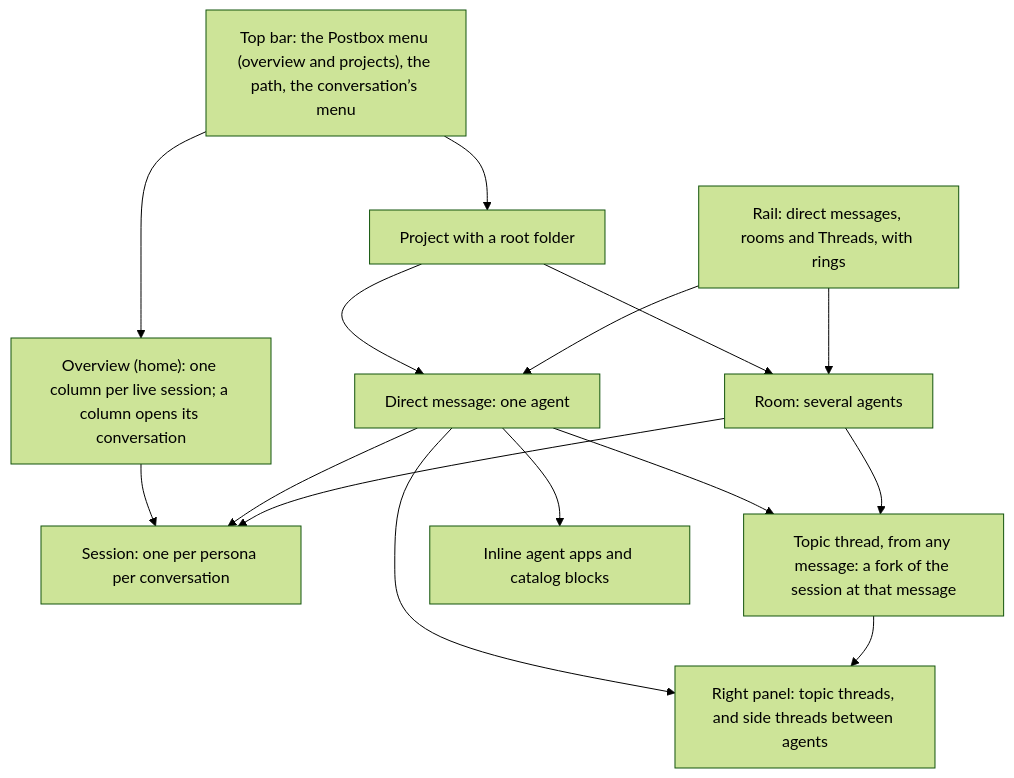
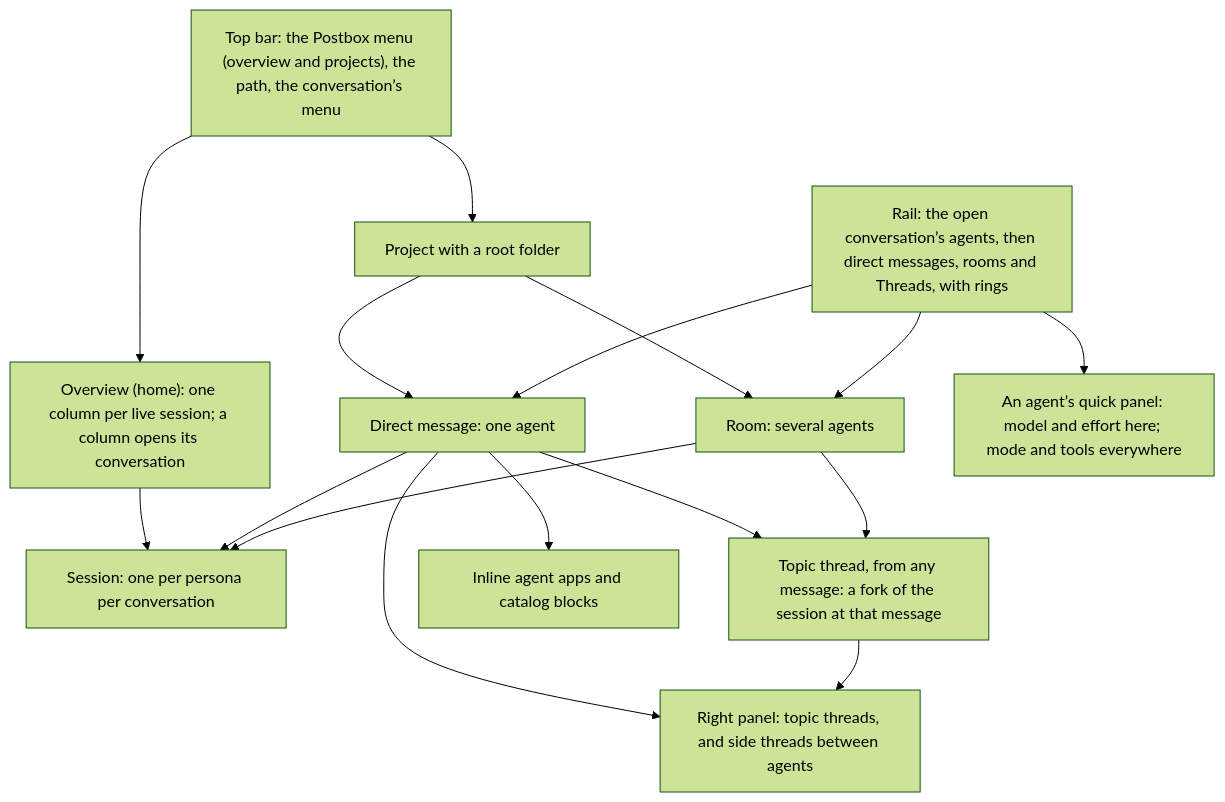
The first of 2 diagrams in designs/intent.md (HJeon139/postbox), drawn with Mermaid (forest theme) before and after one commit. The commit also changed other lines of this file and 21 other files, not shown here.

````diff
--- a/designs/intent.md
+++ b/designs/intent.md
@@ -40,17 +40,18 @@
 ```mermaid
 flowchart TD
   TB["Top bar: the Postbox menu (overview and projects), the path, the conversation’s menu"] --> O
   TB --> P
   O["Overview (home): one column per live session; a column opens its conversation"] --> S
   P[Project with a root folder] --> T[Direct message: one agent]
   P --> R[Room: several agents]
   T --> S[Session: one per persona per conversation]
   R --> S
-  RL["Rail: direct messages, rooms and Threads, with rings"] --> T
+  RL["Rail: the open conversation’s agents, then direct messages, rooms and Threads, with rings"] --> T
+  RL --> QP["An agent’s quick panel: model and effort here; mode and tools everywhere"]
   RL --> R
   T --> TT["Topic thread, from any message: a fork of the session at that message"]
   R --> TT
   T --> SP["Right panel: topic threads, and side threads between agents"]
   TT --> SP
   T --> A["Inline agent apps and catalog blocks"]
 ```
````
